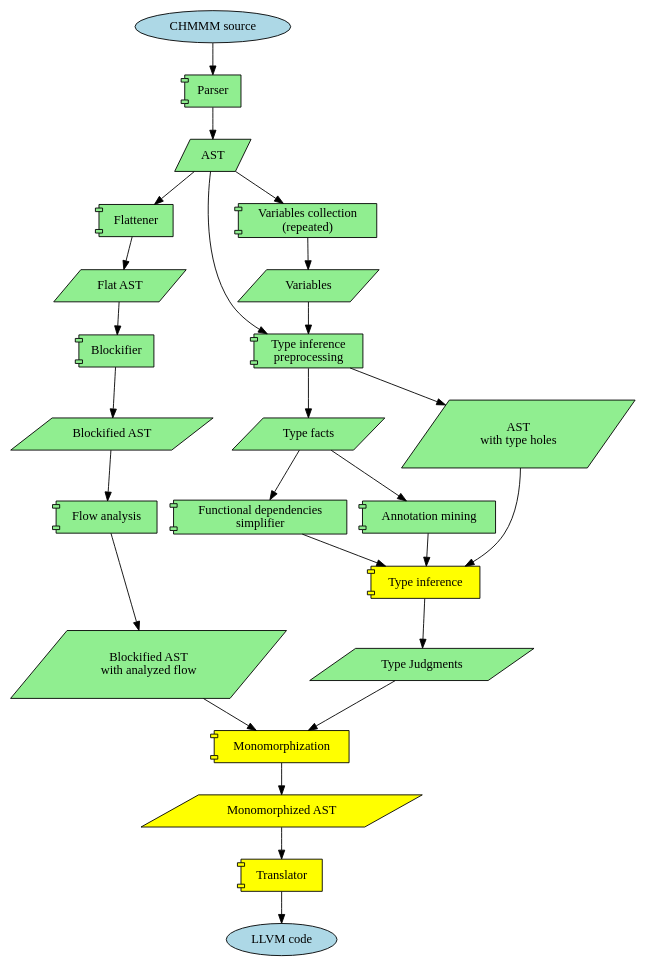
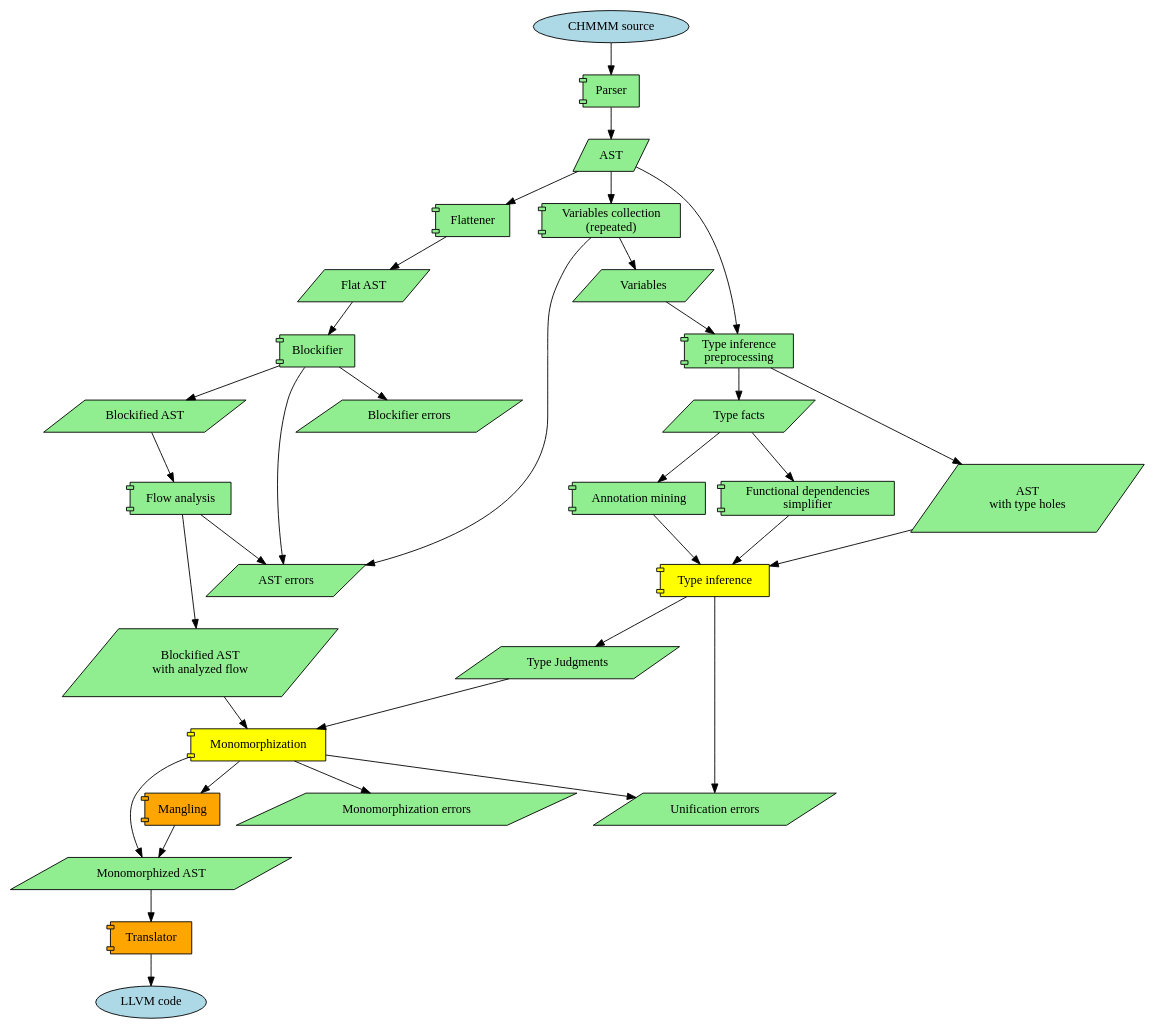
One commit to jiriklepl/masters-thesis-code changed the diagram in doc/diagram.dot. Above: the diagram before and after it, drawn with Graphviz. The commit also changed 5 other files, not shown here.

```diff
--- a/doc/diagram.dot
+++ b/doc/diagram.dot
@@ -1,69 +1,79 @@
 digraph {
     node [style="filled"]
 
     subgraph terminals {
         node [shape="ellipse", fillcolor="lightblue"]
 
         Source [label="CHMMM source"]
         LLVM [label="LLVM code"]
     }
 
     subgraph data {
         node [shape="parallelogram"]
 
         subgraph greenData {
             node [fillcolor="lightgreen"]
 
             AST
+            ASTErrors [label="AST errors"]
+            UnifyErrors [label="Unification errors"]
+            BlockifierErrors [label="Blockifier errors"]
+            MonomorphizeErrors [label="Monomorphization errors"]
             Facts [label="Type facts"]
             Variables [label="Variables"]
             ASTTypeHoles [label="AST\nwith type holes"]
             Judgments [label="Type Judgments"]
             FlatAST [label="Flat AST"]
             BlockifiedAST [label="Blockified AST"]
             BlockifiedASTAnnots [label="Blockified AST\nwith analyzed flow"]
+            MonoAST [label="Monomorphized AST"]
         }
 
-        MonoAST [label="Monomorphized AST", fillcolor="yellow"]
     }
 
     subgraph components {
         node [shape="component"]
 
         subgraph greenComponents {
             node [fillcolor="lightgreen"]
 
             FunDepSimpl [label="Functional dependencies\nsimplifier"]
             AnnotMining  [label="Annotation mining"]
             Parser
             Flattener
             InferPre [label="Type inference\npreprocessing"]
             VariableMining [label="Variables collection\n(repeated)"]
             Blockifier
             FlowAnalysis [label="Flow analysis"]
         }
 
         subgraph yellowComponents {
             node [fillcolor="yellow"]
 
             Infer [label="Type inference"]
             Monomorphization
-            Translator
         }
+
+        Mangling [fillcolor="orange"]
+        Translator [fillcolor="orange"]
     }
 
     subgraph decisions {
         node [shape="diamond"]
     }
+
 
     Source -> Parser -> AST
     AST -> Flattener -> FlatAST
     AST -> VariableMining -> Variables -> InferPre
     AST -> InferPre -> { Facts ASTTypeHoles }
     Facts -> { FunDepSimpl AnnotMining }
     { FunDepSimpl ASTTypeHoles AnnotMining } -> Infer -> Judgments -> Monomorphization
-    FlatAST -> Blockifier -> BlockifiedAST
+    { Infer Monomorphization } -> UnifyErrors
+    FlatAST -> Blockifier -> {BlockifiedAST BlockifierErrors }
     BlockifiedAST -> FlowAnalysis -> BlockifiedASTAnnots
-    BlockifiedASTAnnots -> Monomorphization -> MonoAST
+    { Blockifier FlowAnalysis VariableMining} -> ASTErrors
+    BlockifiedASTAnnots -> Monomorphization -> {Mangling -> MonoAST}
+    Monomorphization -> MonomorphizeErrors
     MonoAST -> Translator -> LLVM
 }
```
